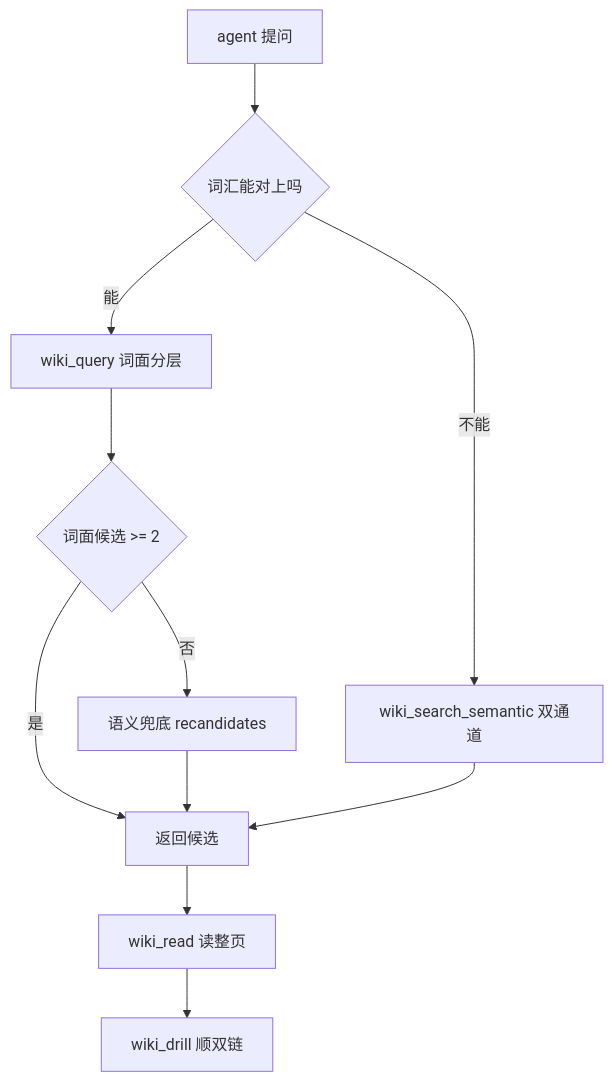
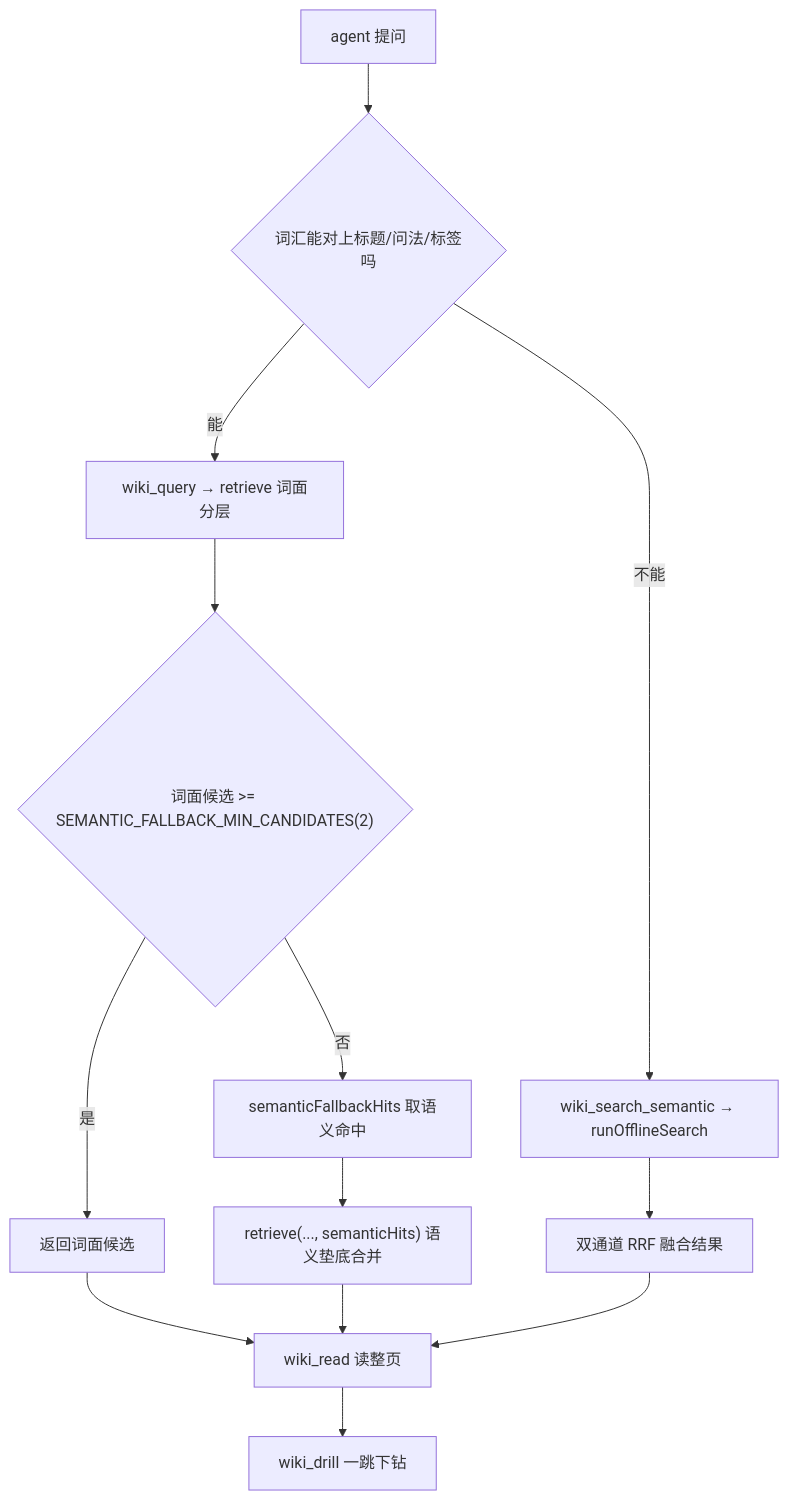
One commit to yangdongzhen590/dsh-knj-obsidian changed the first of 2 diagrams in .wiki/projects/capability-知识检索.md. Above: the diagram before and after it, drawn with Mermaid. The commit also changed other lines of this file and 40 other files, not shown here.

````diff
--- a/.wiki/projects/capability-知识检索.md
+++ b/.wiki/projects/capability-知识检索.md
@@ -131,13 +150,15 @@
 ```mermaid
 graph TD
-  A[agent 提问] --> B{词汇能对上吗}
-  B -->|能| C[wiki_query 词面分层]
-  B -->|不能| D[wiki_search_semantic 双通道]
-  C --> E{词面候选 >= 2}
-  E -->|是| F[返回候选]
-  E -->|否| G[语义兜底 recandidates]
-  D --> F
-  G --> F
-  F --> H[wiki_read 读整页]
-  H --> I[wiki_drill 顺双链]
+  A["agent 提问"] --> B{"词汇能对上标题/问法/标签吗"}
+  B -->|能| C["wiki_query → retrieve 词面分层"]
+  B -->|不能| D["wiki_search_semantic → runOfflineSearch"]
+  C --> E{"词面候选 >= SEMANTIC_FALLBACK_MIN_CANDIDATES(2)"}
+  E -->|是| F["返回词面候选"]
+  E -->|否| G["semanticFallbackHits 取语义命中"]
+  G --> H["retrieve(..., semanticHits) 语义垫底合并"]
+  D --> I["双通道 RRF 融合结果"]
+  F --> J["wiki_read 读整页"]
+  H --> J
+  I --> J
+  J --> K["wiki_drill 一跳下钻"]
 ```
````
